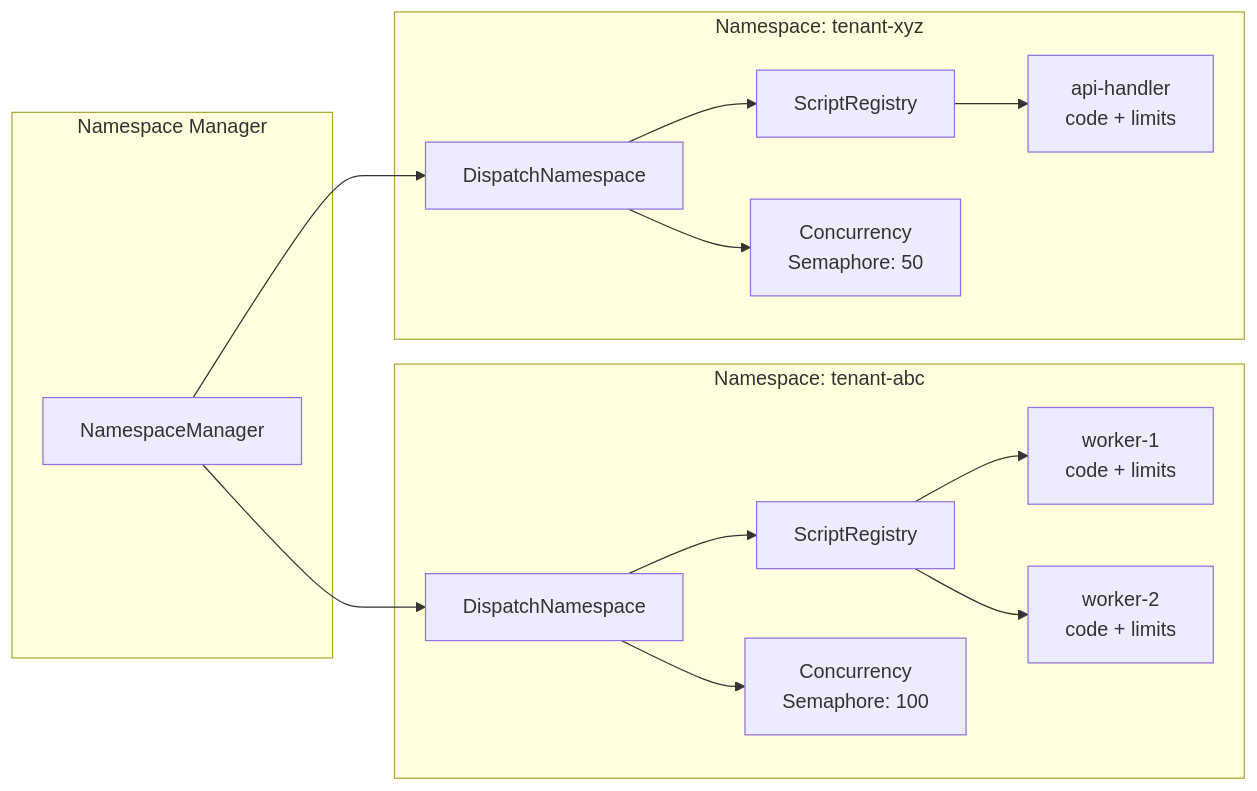
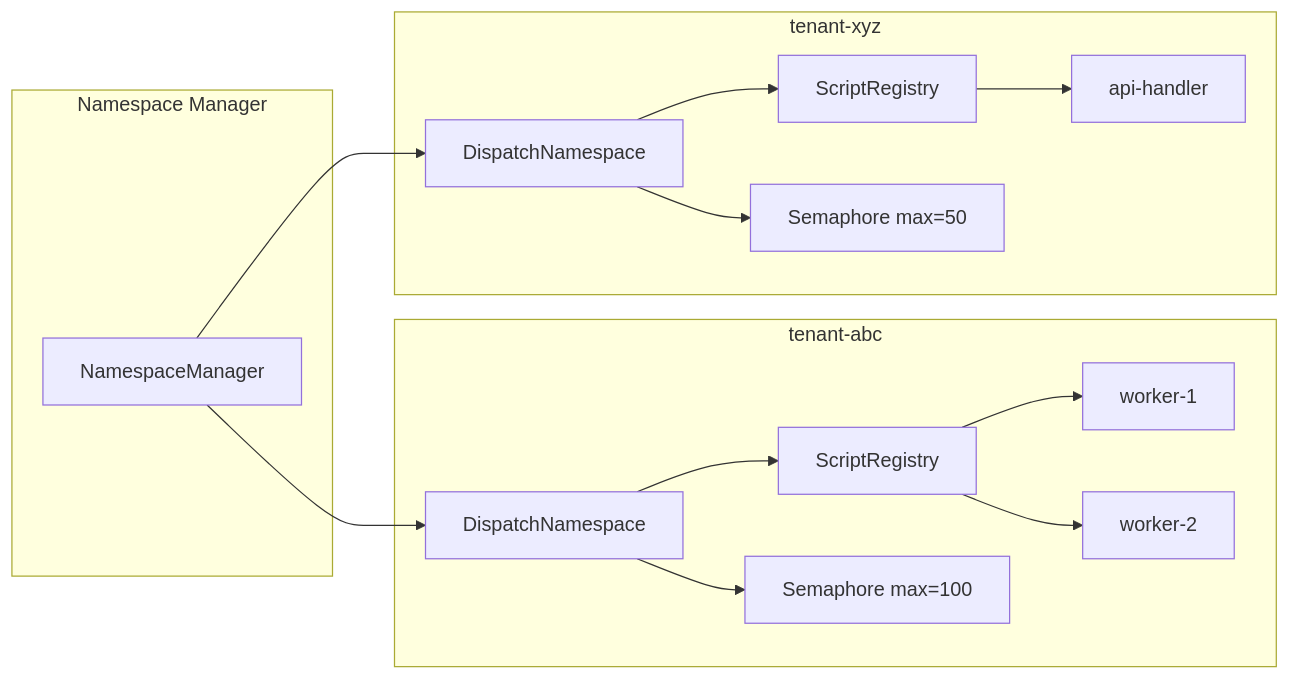
One commit to tylergibbs1/sandcastle changed the fourth of 5 diagrams in docs/architecture.md. Above: the diagram before and after it, drawn with Mermaid. The commit also changed other lines of this file and 1 other file, not shown here.

First line of the commit message:
Fix Mermaid diagrams for GitHub rendering

````diff
--- a/docs/architecture.md
+++ b/docs/architecture.md
@@ -131,31 +131,29 @@
 ```mermaid
 graph LR
-    subgraph "Namespace Manager"
+    subgraph Namespace Manager
         NM[NamespaceManager]
     end
 
-    subgraph "Namespace: tenant-abc"
+    subgraph tenant-abc
         NS1[DispatchNamespace]
         REG1[ScriptRegistry]
-        SEM1[Concurrency<br/>Semaphore: 100]
-
-        W1[worker-1<br/>code + limits]
-        W2[worker-2<br/>code + limits]
+        SEM1[Semaphore max=100]
+        W1[worker-1]
+        W2[worker-2]
     end
 
-    subgraph "Namespace: tenant-xyz"
+    subgraph tenant-xyz
         NS2[DispatchNamespace]
         REG2[ScriptRegistry]
-        SEM2[Concurrency<br/>Semaphore: 50]
-
-        W3[api-handler<br/>code + limits]
+        SEM2[Semaphore max=50]
+        W3[api-handler]
     end
 
     NM --> NS1 & NS2
     NS1 --> REG1
     NS1 --> SEM1
     REG1 --> W1 & W2
     NS2 --> REG2
     NS2 --> SEM2
     REG2 --> W3
 ```
````
